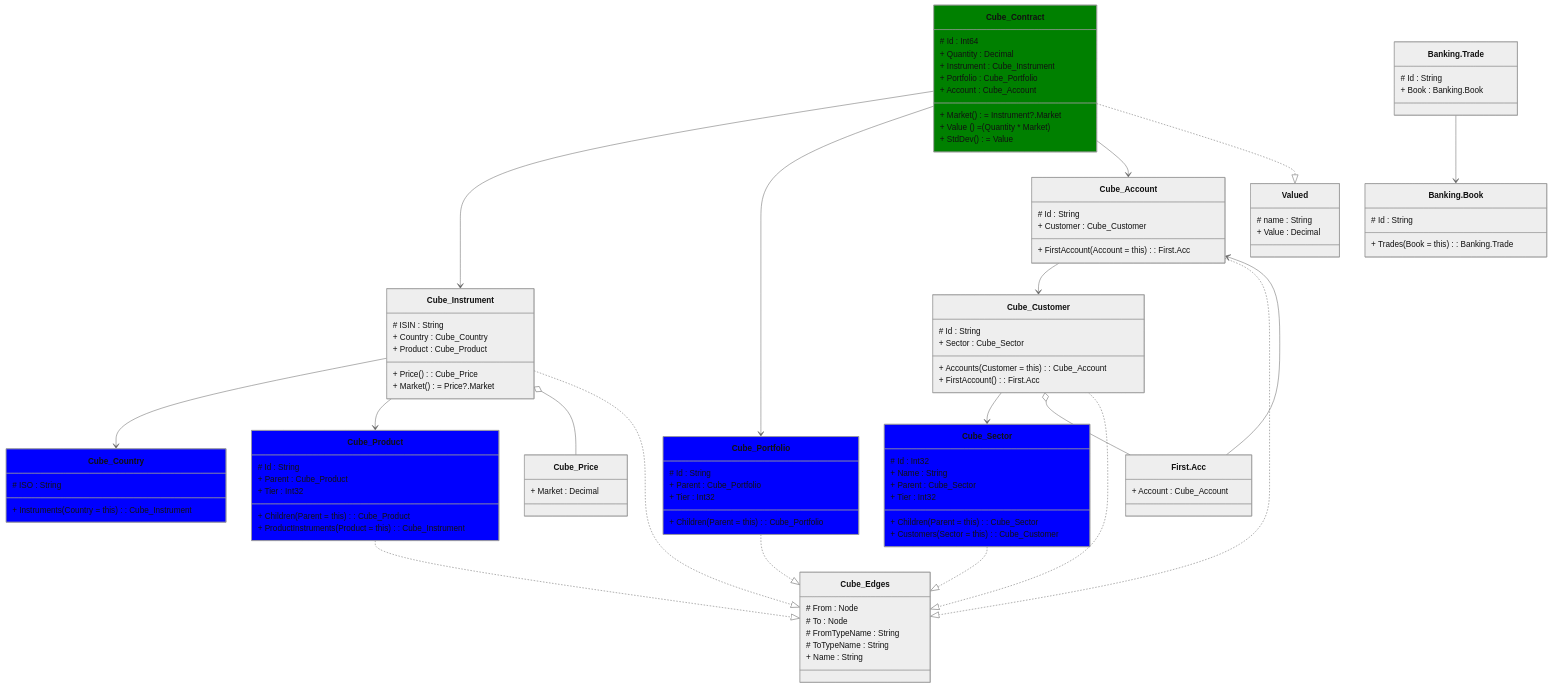
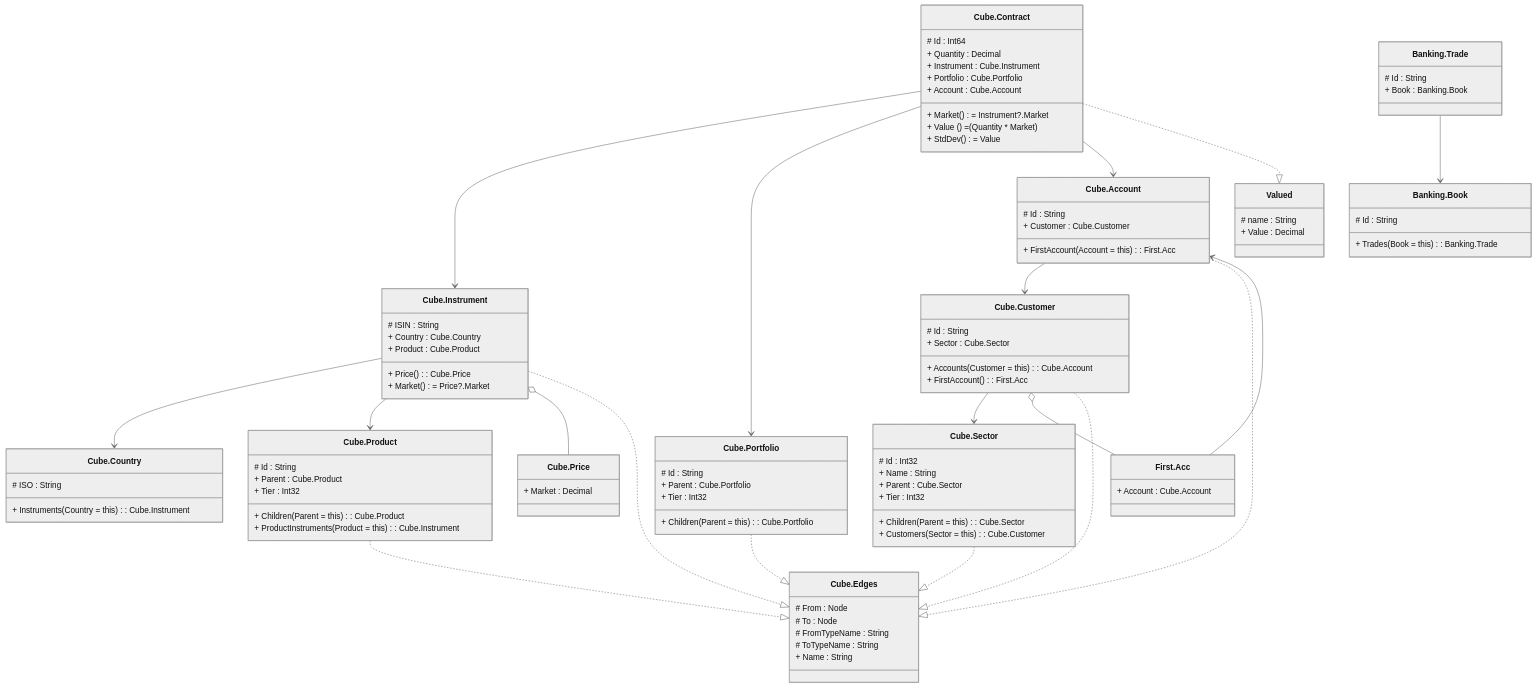
Before and after one commit to channell/Hiperspace: the diagram in examples/Cube/readme.md, drawn with Mermaid (neutral theme). The commit also changed other lines of this file and 80 other files, not shown here.

````diff
--- a/examples/Cube/readme.md
+++ b/examples/Cube/readme.md
@@ -1,248 +2,100 @@
 ```mermaid
 classDiagram
-
-    class Cube_Edges {
-
+    class Cube.Edges {
         # From  : Node
         # To  : Node
         # FromTypeName  : String
         # ToTypeName  : String
-
         + Name  : String
-
     }
-
-
-
-
-
-
- 
-
-    class Cube_Portfolio {
-
+    class Cube.Portfolio {
         # Id  : String
-
-        + Parent  : Cube_Portfolio
+        + Parent  : Cube.Portfolio
         + Tier  : Int32
-
-        + Children (Parent = this) : Cube_Portfolio
-        
-    } 
-
-
-    Cube_Portfolio ..|> Cube_Edges
- 
-
-    class Cube_Country {
-
+        + Children (Parent = this) : Cube.Portfolio
+    }
+    Cube.Portfolio ..|> Cube.Edges
+    class Cube.Country {
         # ISO  : String
-
-
-        + Instruments (Country = this) : Cube_Instrument
+        + Instruments (Country = this) : Cube.Instrument
     }
-
-
-
-
-
-
- 
-
-    class Cube_Sector {
-
+    class Cube.Sector {
         # Id  : Int32
-
         + Name  : String
-        + Parent  : Cube_Sector
+        + Parent  : Cube.Sector
         + Tier  : Int32
-
-        + Children (Parent = this) : Cube_Sector
-        + Customers (Sector = this) : Cube_Customer
+        + Children (Parent = this) : Cube.Sector
+        + Customers (Sector = this) : Cube.Customer
     }
-
-
-
-
-
-
-    Cube_Sector ..|> Cube_Edges
- 
-
-    class Cube_Product {
-
+    Cube.Sector ..|> Cube.Edges
+    class Cube.Product {
         # Id  : String
-
-        + Parent  : Cube_Product
+        + Parent  : Cube.Product
         + Tier  : Int32
-
-        + Children (Parent = this) : Cube_Product
-        + ProductInstruments (Product = this) : Cube_Instrument
+        + Children (Parent = this) : Cube.Product
+        + ProductInstruments (Product = this) : Cube.Instrument
     }
-
-
-
-
-
-
-    Cube_Product ..|> Cube_Edges
- 
-
-    class Cube_Account {
-
+    Cube.Product ..|> Cube.Edges
+    class Cube.Account {
         # Id  : String
-
-        + Customer  : Cube_Customer
-
+        + Customer  : Cube.Customer
         + FirstAccount (Account = this) : First.Acc
     }
-
-
-
-    Cube_Account --> Cube_Customer
-
-
-    Cube_Account ..|> Cube_Edges
- 
-
-    class Cube_Customer {
-
+    Cube.Account --> Cube.Customer
+    Cube.Account ..|> Cube.Edges
+    class Cube.Customer {
         # Id  : String
-
-        + Sector  : Cube_Sector
-
-        + Accounts (Customer = this) : Cube_Account
+        + Sector  : Cube.Sector
+        + Accounts (Customer = this) : Cube.Account
         + FirstAccount () : First.Acc
     }
-
-
-
-    Cube_Customer --> Cube_Sector
-    Cube_Customer o-- First.Acc
-
-    Cube_Customer ..|> Cube_Edges
- 
-
+    Cube.Customer --> Cube.Sector
+    Cube.Customer o-- First.Acc
+    Cube.Customer ..|> Cube.Edges
     class First.Acc {
-
-
-        + Account  : Cube_Account
-
+        + Account  : Cube.Account
     }
-
-
-
-    First.Acc --> Cube_Account
-
-
- 
-
-    class Cube_Price {
-
-
+    First.Acc --> Cube.Account
+    class Cube.Price {
         + Market  : Decimal
-
     }
-
-
-
-
-
-
- 
-
-    class Cube_Instrument {
-
+    class Cube.Instrument {
         # ISIN  : String
-
-        + Country  : Cube_Country
-        + Product  : Cube_Product
-
-        + Price () : Cube_Price
+        + Country  : Cube.Country
+        + Product  : Cube.Product
+        + Price () : Cube.Price
         + Market () = Price?.Market
     }
-
-
-
-    Cube_Instrument --> Cube_Country
-    Cube_Instrument --> Cube_Product
-    Cube_Instrument o-- Cube_Price
-
-    Cube_Instrument ..|> Cube_Edges
- 
-
-    class Cube_Contract {
-
+    Cube.Instrument --> Cube.Country
+    Cube.Instrument --> Cube.Product
+    Cube.Instrument o-- Cube.Price
+    Cube.Instrument ..|> Cube.Edges
+    class Cube.Contract {
         # Id  : Int64
-
         + Quantity  : Decimal
-        + Instrument  : Cube_Instrument
-        + Portfolio  : Cube_Portfolio
-        + Account  : Cube_Account
-
+        + Instrument  : Cube.Instrument
+        + Portfolio  : Cube.Portfolio
+        + Account  : Cube.Account
         + Market () = Instrument?.Market
         + Value () = (Quantity * Market)
         + StdDev () = Value
     }
-
-
-
-    Cube_Contract --> Cube_Instrument
-    Cube_Contract --> Cube_Portfolio
-    Cube_Contract --> Cube_Account
-
-
-    Cube_Contract ..|> Valued
- 
-
+    Cube.Contract --> Cube.Instrument
+    Cube.Contract --> Cube.Portfolio
+    Cube.Contract --> Cube.Account
+    Cube.Contract ..|> Valued
     class Valued {
-
         # name  : String
-
         + Value  : Decimal
-
     }
-
-
-
-
-
-
- 
-
     class Banking.Trade {
-
         # Id  : String
-
         + Book  : Banking.Book
-
     }
-
-
-
     Banking.Trade --> Banking.Book
-
-
- 
-
     class Banking.Book {
-
         # Id  : String
-
-
         + Trades (Book = this) : Banking.Trade
     }
 
-
-
-
-
-  style Cube_Portfolio fill:blue
-  style Cube_Country fill:blue
-style Cube_Sector fill:blue
-style Cube_Product fill:blue
-style Cube_Contract fill:green
-
- 
-
 ```
````
